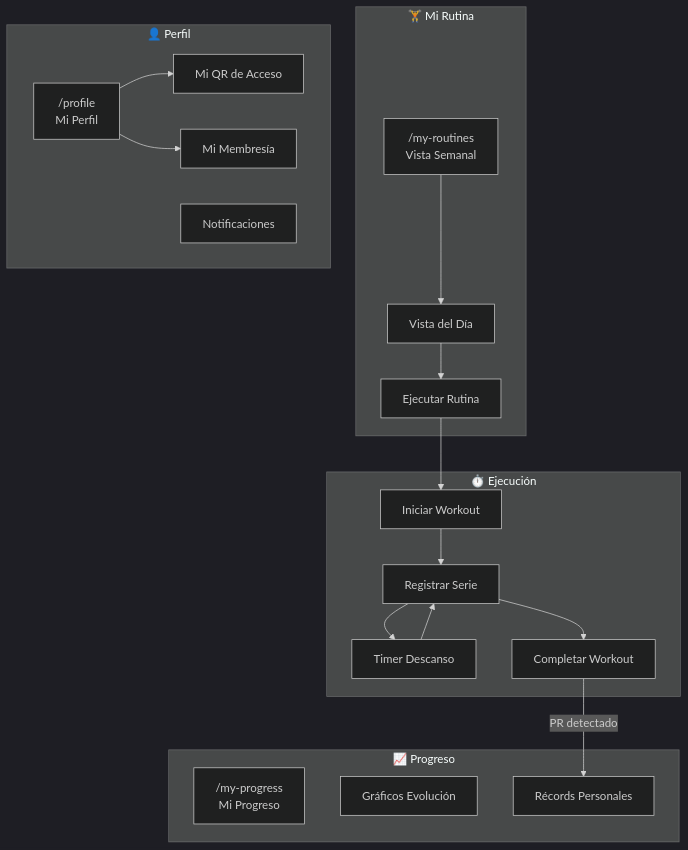
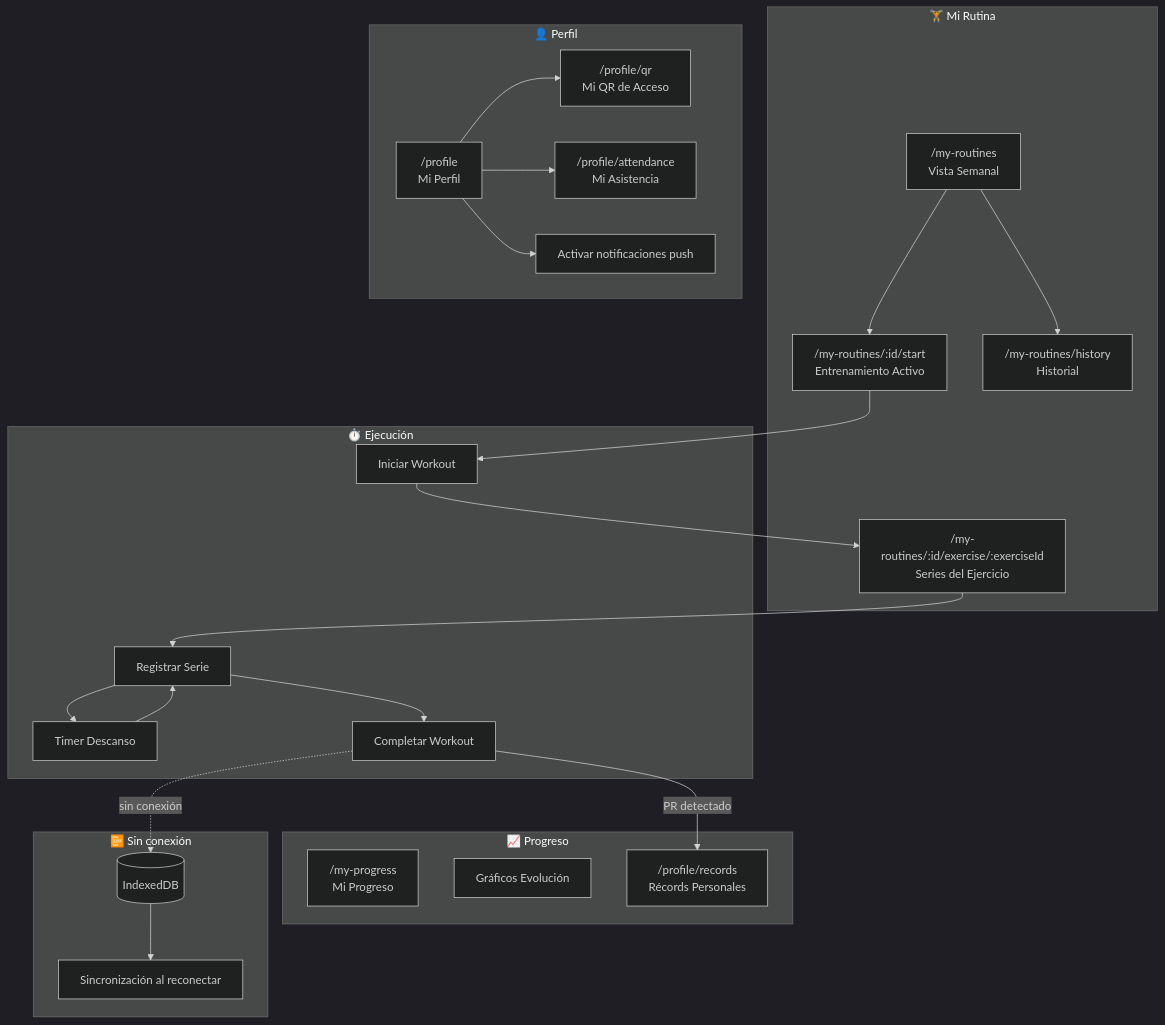
Before and after one commit to fedebracesco1990/fitflow: the fifth of 9 diagrams in docs/USER_FLOWS.md, drawn with Mermaid (dark theme). The commit also changed other lines of this file and 6 other files, not shown here.

First line of the commit message:
docs: document audit-logs and scheduler, fix data model and user flows

````diff
--- a/docs/USER_FLOWS.md
+++ b/docs/USER_FLOWS.md
@@ -182,40 +191,50 @@
 ```mermaid
 flowchart TB
     subgraph Rutina["🏋️ Mi Rutina"]
         MyRoutines["/my-routines<br/>Vista Semanal"]
-        DayView[Vista del Día]
-        Workout[Ejecutar Rutina]
+        DayView["/my-routines/:id/start<br/>Entrenamiento Activo"]
+        Workout["/my-routines/:id/exercise/:exerciseId<br/>Series del Ejercicio"]
+        History["/my-routines/history<br/>Historial"]
     end
 
     subgraph Ejecucion["⏱️ Ejecución"]
         StartWorkout[Iniciar Workout]
         LogSet[Registrar Serie]
         RestTimer[Timer Descanso]
         Complete[Completar Workout]
     end
 
     subgraph Progreso["📈 Progreso"]
         MyProgress["/my-progress<br/>Mi Progreso"]
         Charts[Gráficos Evolución]
-        PRs[Récords Personales]
+        PRs["/profile/records<br/>Récords Personales"]
     end
 
     subgraph Perfil["👤 Perfil"]
         Profile["/profile<br/>Mi Perfil"]
-        QRCode[Mi QR de Acceso]
-        Membership[Mi Membresía]
-        Notifications[Notificaciones]
+        QRCode["/profile/qr<br/>Mi QR de Acceso"]
+        Attendance["/profile/attendance<br/>Mi Asistencia"]
+        Notifications[Activar notificaciones push]
+    end
+
+    subgraph Offline["📴 Sin conexión"]
+        IDB[(IndexedDB)]
+        Sync[Sincronización al reconectar]
     end
 
     MyRoutines --> DayView
-    DayView --> Workout
-    Workout --> StartWorkout
-    StartWorkout --> LogSet
+    MyRoutines --> History
+    DayView --> StartWorkout
+    StartWorkout --> Workout
+    Workout --> LogSet
     LogSet --> RestTimer
     RestTimer --> LogSet
     LogSet --> Complete
     Complete --> |PR detectado| PRs
 
     Profile --> QRCode
-    Profile --> Membership
+    Profile --> Attendance
+    Profile --> Notifications
+    Complete -.->|sin conexión| IDB
+    IDB --> Sync
 ```
````
